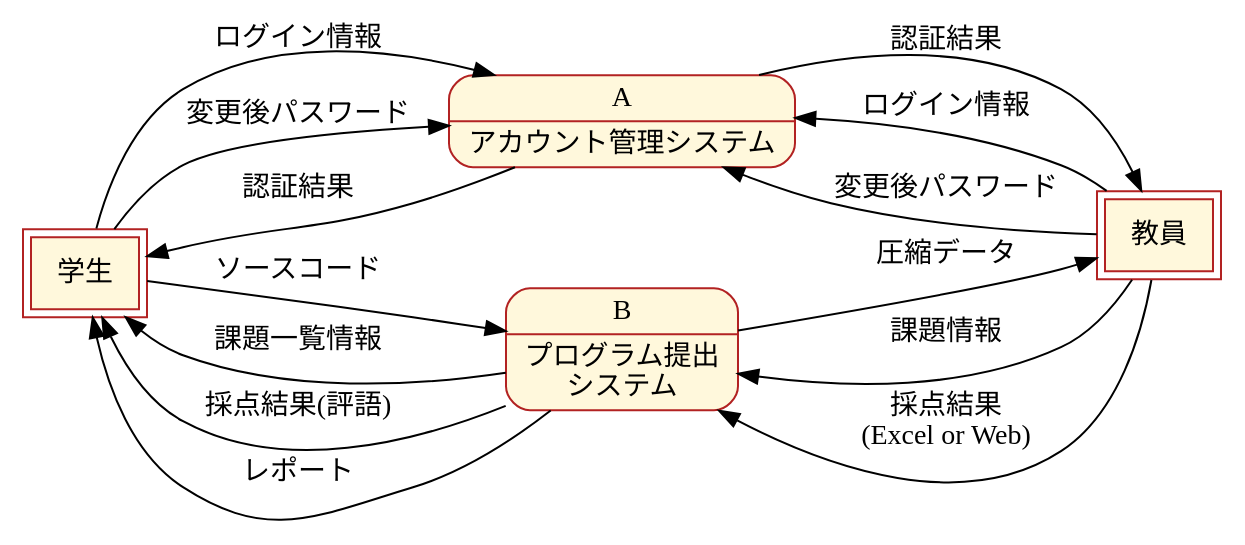
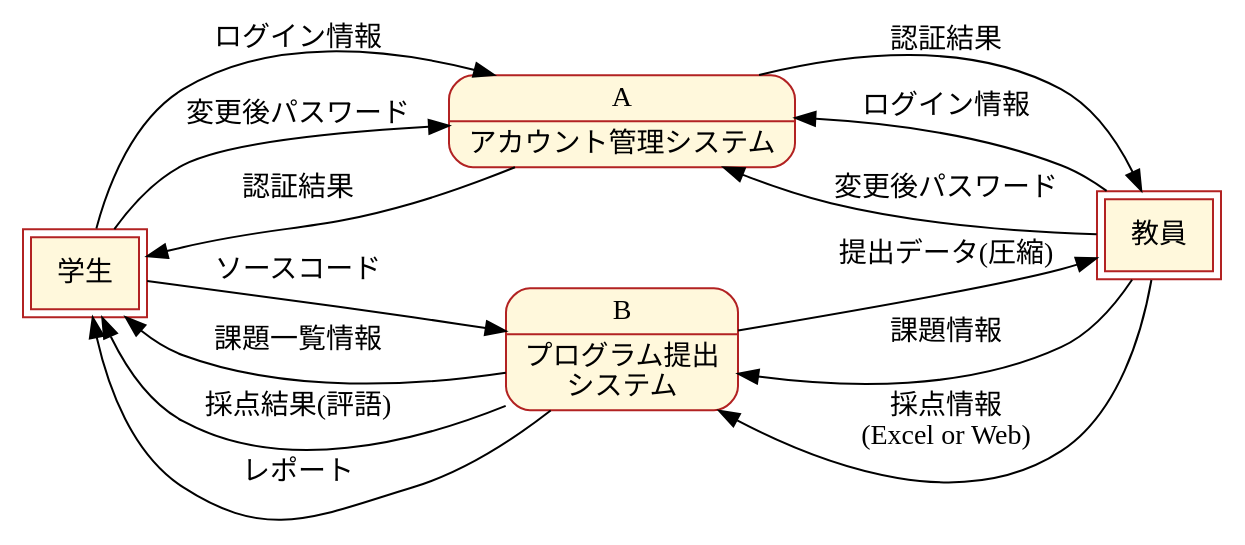
Before and after one commit to kumokumo1653/softwareEngineering: the diagram in reportSystem/Level1.dot, drawn with Graphviz. The commit also changed 5 other files, not shown here.

```diff
--- a/reportSystem/Level1.dot
+++ b/reportSystem/Level1.dot
@@ -1,90 +1,90 @@
 digraph dfd {
   graph [fontname = "MS Gothic",
   rankdir = LR];
   node [fontname = "MS Gothic", style = "filled", fillcolor = cornsilk, color = firebrick];
   edge [fontname = "MS Gothic"];
 
   student [
     label = "学生",
     shape = box,
     peripheries = 2
   ];
 
   teacher [
     label = "教員",
     shape = box,
     peripheries = 2
   ];
 
   log [
     label = "<id> A|<label> アカウント管理システム",
     shape = record,
     style = "rounded,filled",
     fillcolor = cornsilk
   ];
   system [
     label = "<id> B|<label> プログラム提出\nシステム",
     shape = record,
     style = "rounded,filled",
     fillcolor = cornsilk
   ];
 
   student -> log[
     label = "ログイン情報";
   ];
 
   student -> log[
     label = "変更後パスワード";
   ];
 
   log -> student[
     label = "認証結果";
   ];
   
   student -> system[
     label = "ソースコード";
   ];
 
   system -> student[
     label = "課題一覧情報";
   ];
 
 
   system -> student[
     label = "採点結果(評語)";
   ];
   
   system -> student[
     label = "レポート";
   ];
 
   teacher -> log[
     label = "ログイン情報";
   ];
 
   teacher -> log[
     label = "変更後パスワード";
   ];
 
   log -> teacher[
     label = "認証結果";
   ];
 
   teacher -> system[
     label = "課題情報";
   ];
 
   teacher -> system[
-    label = "採点結果\n(Excel or Web)";
+    label = "採点情報\n(Excel or Web)";
   ];
 
   system -> teacher[
-    label = "圧縮データ";
+    label = "提出データ(圧縮)";
   ];
 
   {rank = same; system; log;}
 
 
 
 
 }
```
